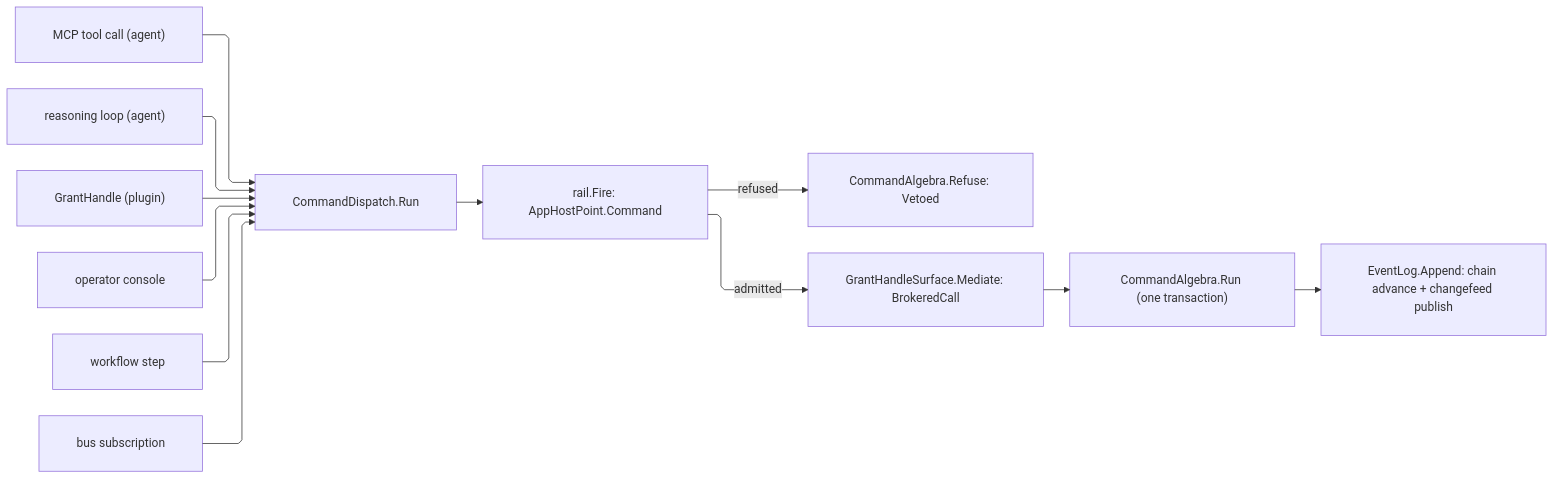
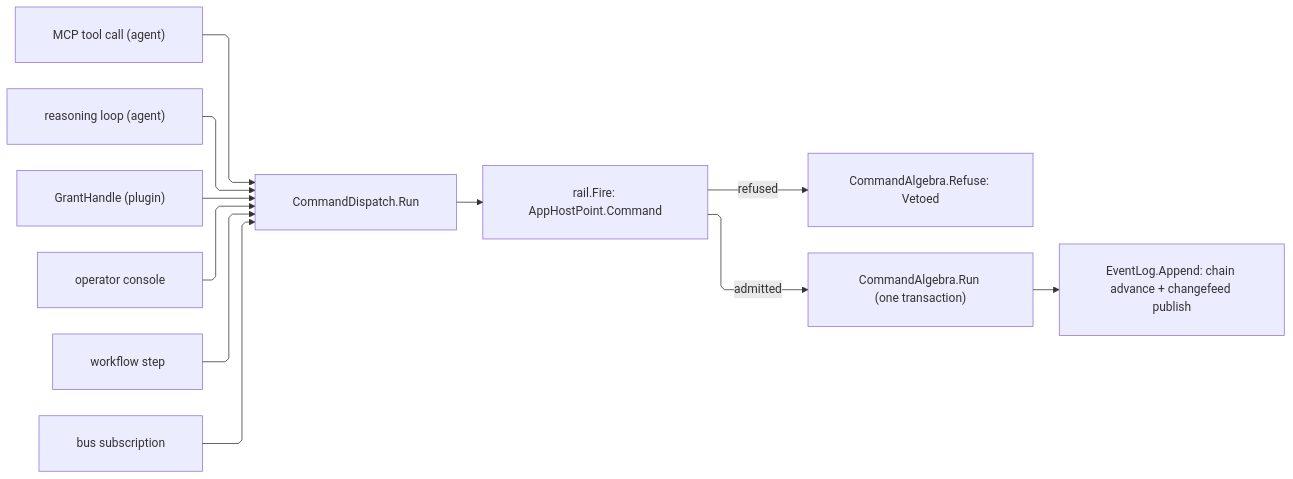
The diagram in libs/dotnet/Rasm.AppHost/.planning/Agent/runtime.md (bsamiee/Rasm), drawn with Mermaid before and after one commit. The commit also changed other lines of this file and 1417 other files, not shown here.

````diff
--- a/libs/dotnet/Rasm.AppHost/.planning/Agent/runtime.md
+++ b/libs/dotnet/Rasm.AppHost/.planning/Agent/runtime.md
@@ -93,23 +101,22 @@
 ```mermaid
 ---
 config:
   layout: elk
   flowchart:
     curve: linear
     padding: 25
 ---
 flowchart LR
     accTitle: One command-dispatch front door, one veto, one chain
-    accDescr: Every caller invokes CommandDispatch.Run; the hook rail vetoes or transforms the intent, the mediation records the caller modality, the command algebra owns the transaction, and a committed receipt chains into the one event log while publishing through the changefeed port.
+    accDescr: Every caller invokes CommandDispatch.Run; the hook rail vetoes or transforms the intent, the command algebra owns the transaction, and a committed result chains into the one event log while publishing through the changefeed port.
     Mcp["MCP tool call (agent)"] --> Run
     Loop["reasoning loop (agent)"] --> Run
     Plugin["GrantHandle (plugin)"] --> Run
     Operator["operator console"] --> Run
     Step["workflow step"] --> Run
     Sub["bus subscription"] --> Run
     Run["CommandDispatch.Run"] --> Veto["rail.Fire: AppHostPoint.Command"]
     Veto -->|refused| Refuse["CommandAlgebra.Refuse: Vetoed"]
-    Veto -->|admitted| Mediate["GrantHandleSurface.Mediate: BrokeredCall"]
-    Mediate --> Algebra["CommandAlgebra.Run (one transaction)"]
+    Veto -->|admitted| Algebra["CommandAlgebra.Run (one transaction)"]
     Algebra --> Chain["EventLog.Append: chain advance + changefeed publish"]
 ```
````
